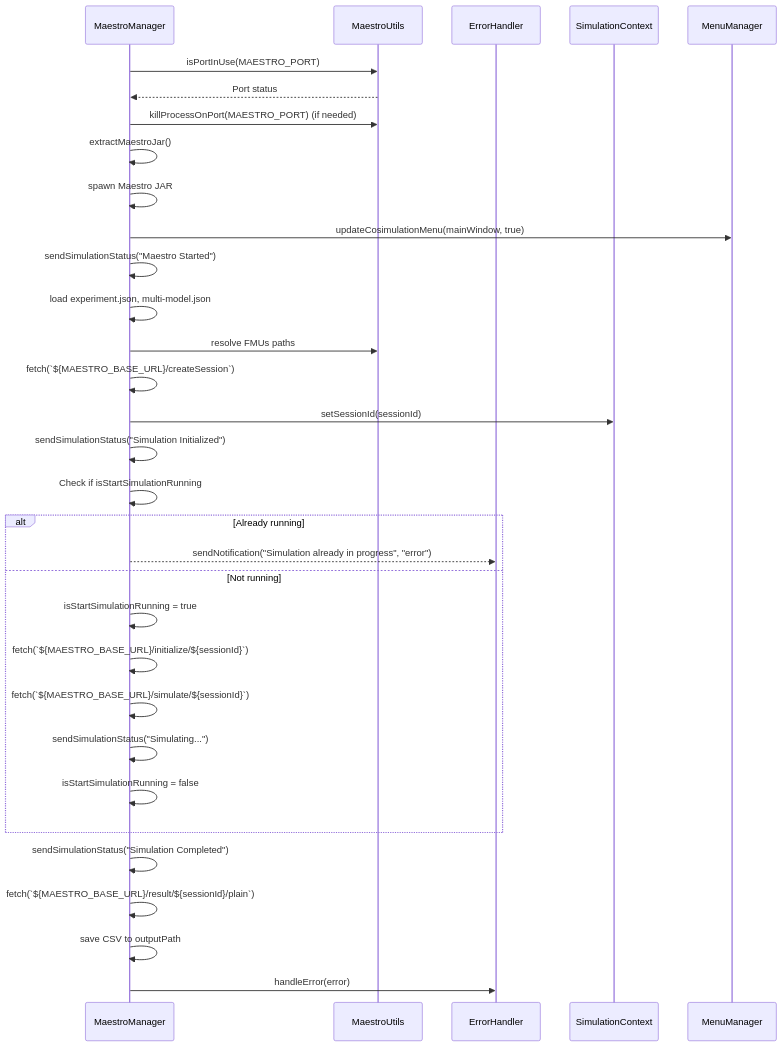
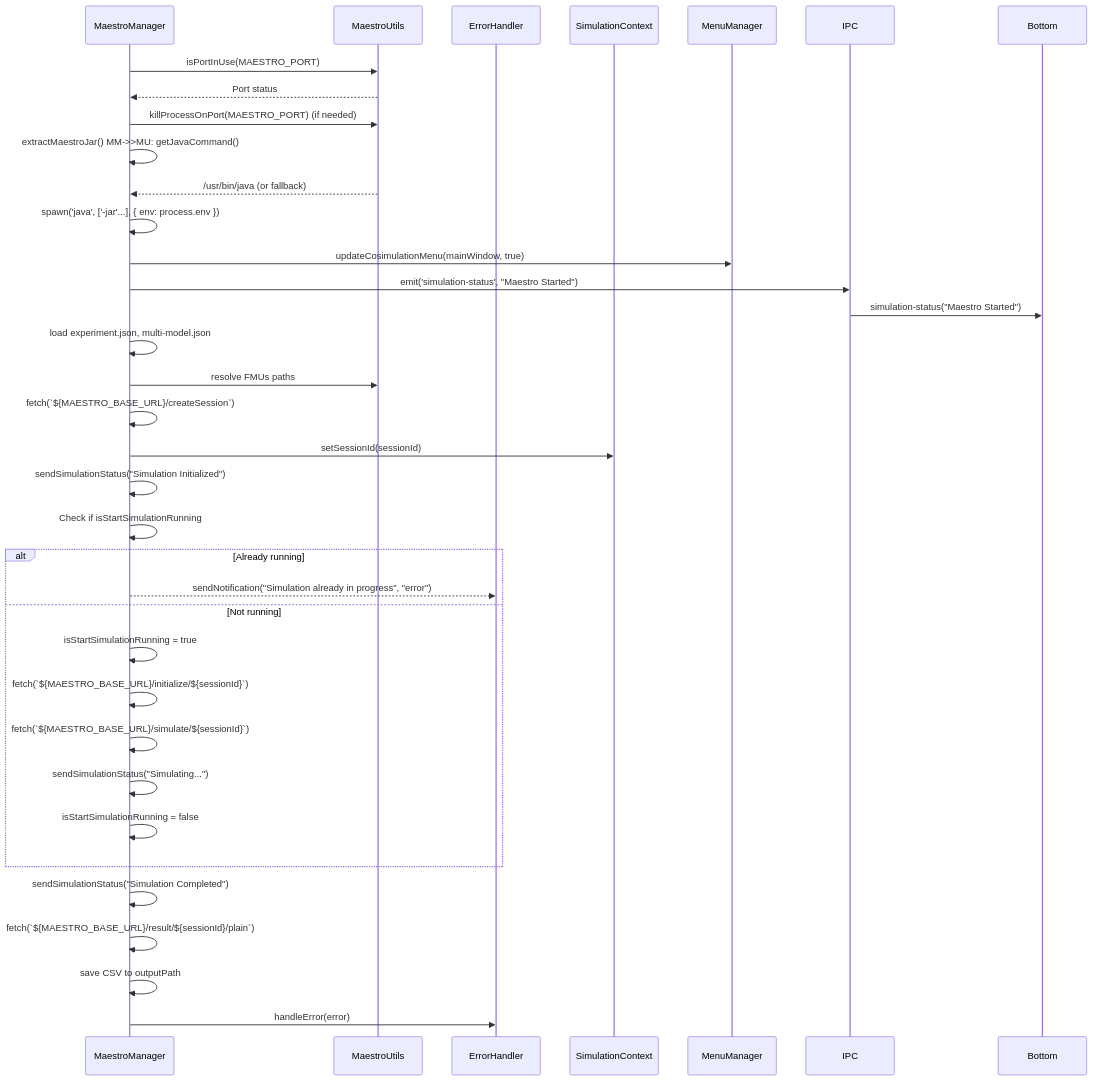
One commit to INTO-CPS-Association/into-cps-application changed the fourth of 6 diagrams in docs/APPLICATION LAYERS.md. Above: the diagram before and after it, drawn with Mermaid. The commit also changed other lines of this file and 5 other files, not shown here.

Commit message:
- Java Paths checks - Updated documentation for Java Versions - Integrated new function on diagrams

````diff
--- a/docs/APPLICATION LAYERS.md
+++ b/docs/APPLICATION LAYERS.md
@@ -318,49 +319,49 @@
 ```mermaid
 sequenceDiagram
     participant MM as MaestroManager
     participant MU as MaestroUtils
     participant EH as ErrorHandler
     participant MC as SimulationContext
     participant Menu as MenuManager
 
     %% Starting Maestro %%
     MM->>MU: isPortInUse(MAESTRO_PORT)
     MU-->>MM: Port status
     MM->>MU: killProcessOnPort(MAESTRO_PORT) (if needed)
-    MM->>MM: extractMaestroJar()
-    MM->>MM: spawn Maestro JAR
+    MM->>MM: extractMaestroJar() MM->>MU: getJavaCommand()
+    MU-->>MM: /usr/bin/java (or fallback)
+    MM->>MM: spawn('java', ['-jar'...], { env: process.env })
     MM->>Menu: updateCosimulationMenu(mainWindow, true)
-
-    %% Maestro successfully started %%
-    MM->>MM: sendSimulationStatus("Maestro Started")
+    MM->>IPC: emit('simulation-status', "Maestro Started")
+    IPC->>Bottom: simulation-status("Maestro Started")
 
     %% Simulation Initialization %%
     MM->>MM: load experiment.json, multi-model.json
     MM->>MU: resolve FMUs paths
     MM->>MM: fetch(`${MAESTRO_BASE_URL}/createSession`)
     MM->>MC: setSessionId(sessionId)
     MM->>MM: sendSimulationStatus("Simulation Initialized")
 
     %% Running Simulation %%
     MM->>MM: Check if isStartSimulationRunning
     alt Already running
         MM-->>EH: sendNotification("Simulation already in progress", "error")
     else Not running
         MM->>MM: isStartSimulationRunning = true
         MM->>MM: fetch(`${MAESTRO_BASE_URL}/initialize/${sessionId}`)
         MM->>MM: fetch(`${MAESTRO_BASE_URL}/simulate/${sessionId}`)
         MM->>MM: sendSimulationStatus("Simulating...")
         MM->>MM: isStartSimulationRunning = false
     end
 
     %% Simulation Completion %%
     MM->>MM: sendSimulationStatus("Simulation Completed")
 
     %% Retrieving Results %%
     MM->>MM: fetch(`${MAESTRO_BASE_URL}/result/${sessionId}/plain`)
     MM->>MM: save CSV to outputPath
 
     %% Handling Errors %%
     MM->>EH: handleError(error)
 
 ```
````
